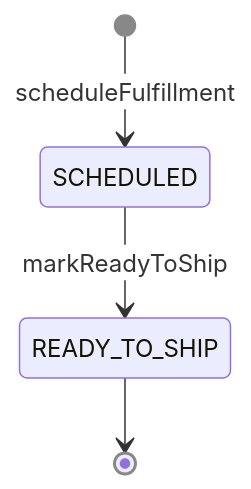
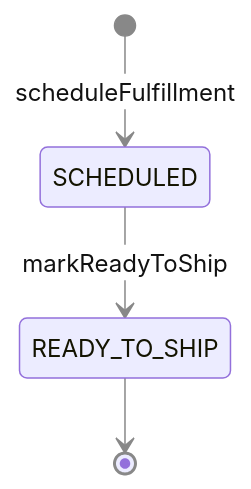
One commit to ZenWave360/dsl-kotlin changed the fourth of 5 diagrams in dsl-docs/src/commonTest/resources/snapshots/arcadia-modulith/modules/fulfillment-shipping.md. Above: the diagram before and after it, drawn with Mermaid. The commit also changed other lines of this file and 20 other files, not shown here.

````diff
--- a/dsl-docs/src/commonTest/resources/snapshots/arcadia-modulith/modules/fulfillment-shipping.md
+++ b/dsl-docs/src/commonTest/resources/snapshots/arcadia-modulith/modules/fulfillment-shipping.md
@@ -173,13 +185,15 @@
 ```mermaid
 ---
 config:
   theme: default
   themeVariables:
     lineColor: "#888888"
     edgeLabelBackground: "#ffffff"
+    transitionColor: "#888888"
+    transitionLabelColor: "#111111"
 ---
 stateDiagram-v2
     [*] --> SCHEDULED : scheduleFulfillment
     SCHEDULED --> READY_TO_SHIP : markReadyToShip
     READY_TO_SHIP --> [*]
 ```
````
